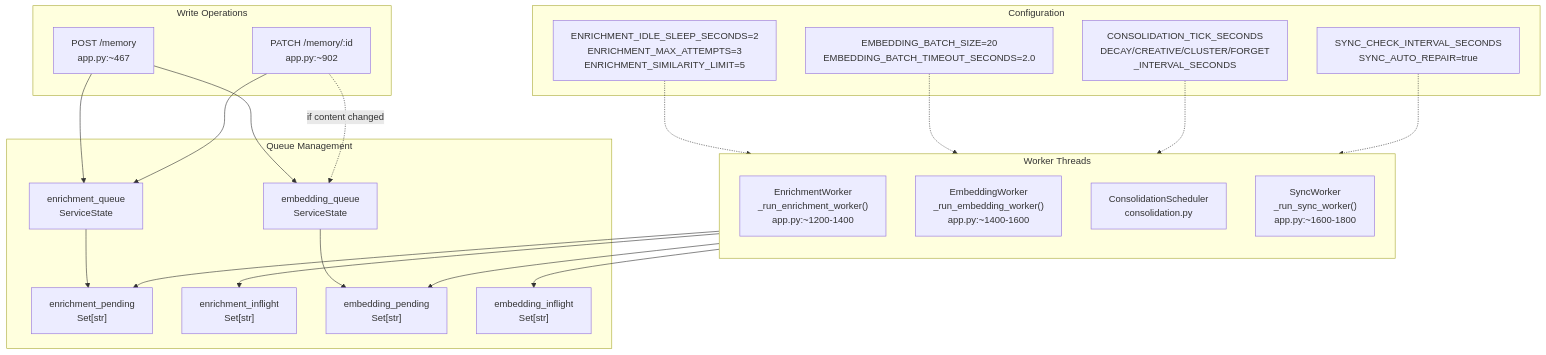
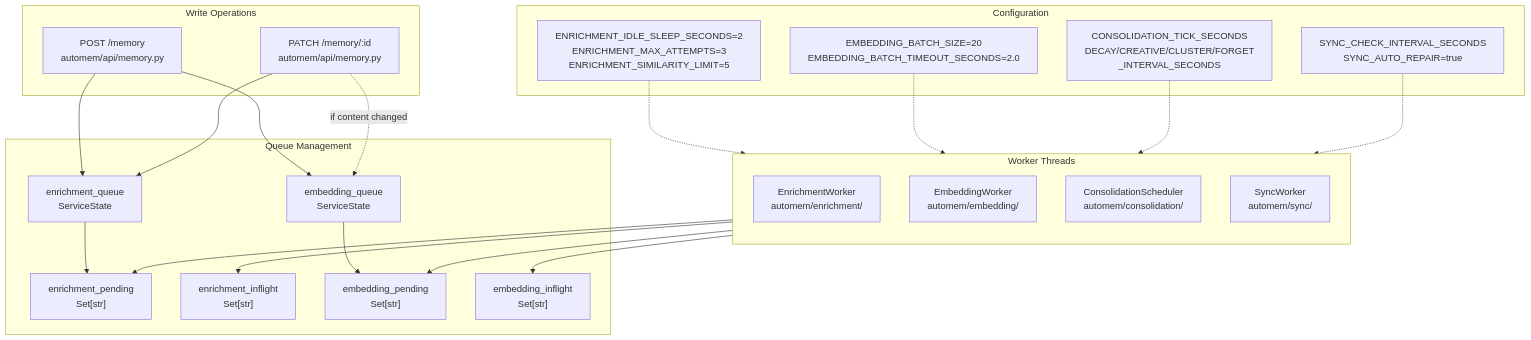
Before and after one commit to verygoodplugins/automem-website: the fifth of 6 diagrams in src/content/docs/docs/overview.md, drawn with Mermaid. The commit also changed other lines of this file and 2 other files, not shown here.

````diff
--- a/src/content/docs/docs/overview.md
+++ b/src/content/docs/docs/overview.md
@@ -333,51 +333,51 @@
 ```mermaid
 graph TB
     subgraph write_ops["Write Operations"]
-        PostMem["POST /memory<br/>app.py:~467"]
-        PatchMem["PATCH /memory/:id<br/>app.py:~902"]
+        PostMem["POST /memory<br/>automem/api/memory.py"]
+        PatchMem["PATCH /memory/:id<br/>automem/api/memory.py"]
     end
 
     subgraph queues["Queue Management"]
         EnrichQueue["enrichment_queue<br/>ServiceState"]
         EmbedQueue["embedding_queue<br/>ServiceState"]
 
         EnrichPending["enrichment_pending<br/>Set[str]"]
         EnrichInflight["enrichment_inflight<br/>Set[str]"]
         EmbedPending["embedding_pending<br/>Set[str]"]
         EmbedInflight["embedding_inflight<br/>Set[str]"]
     end
 
     subgraph workers["Worker Threads"]
         direction TB
 
-        EnrichWorker["EnrichmentWorker<br/>_run_enrichment_worker()<br/>app.py:~1200-1400"]
-        EmbedWorker["EmbeddingWorker<br/>_run_embedding_worker()<br/>app.py:~1400-1600"]
-        ConsolWorker["ConsolidationScheduler<br/>consolidation.py"]
-        SyncWorker["SyncWorker<br/>_run_sync_worker()<br/>app.py:~1600-1800"]
+        EnrichWorker["EnrichmentWorker<br/>automem/enrichment/"]
+        EmbedWorker["EmbeddingWorker<br/>automem/embedding/"]
+        ConsolWorker["ConsolidationScheduler<br/>automem/consolidation/"]
+        SyncWorker["SyncWorker<br/>automem/sync/"]
     end
 
     subgraph config["Configuration"]
         EnrichConfig["ENRICHMENT_IDLE_SLEEP_SECONDS=2<br/>ENRICHMENT_MAX_ATTEMPTS=3<br/>ENRICHMENT_SIMILARITY_LIMIT=5"]
         EmbedConfig["EMBEDDING_BATCH_SIZE=20<br/>EMBEDDING_BATCH_TIMEOUT_SECONDS=2.0"]
         ConsolConfig["CONSOLIDATION_TICK_SECONDS<br/>DECAY/CREATIVE/CLUSTER/FORGET<br/>_INTERVAL_SECONDS"]
         SyncConfig["SYNC_CHECK_INTERVAL_SECONDS<br/>SYNC_AUTO_REPAIR=true"]
     end
 
     PostMem --> EnrichQueue
     PostMem --> EmbedQueue
     PatchMem --> EnrichQueue
     PatchMem -.->|"if content changed"| EmbedQueue
 
     EnrichQueue --> EnrichPending
     EmbedQueue --> EmbedPending
 
     EnrichWorker --> EnrichInflight
     EnrichWorker --> EnrichPending
     EmbedWorker --> EmbedInflight
     EmbedWorker --> EmbedPending
 
     EnrichConfig -.-> EnrichWorker
     EmbedConfig -.-> EmbedWorker
     ConsolConfig -.-> ConsolWorker
     SyncConfig -.-> SyncWorker
 ```
````
